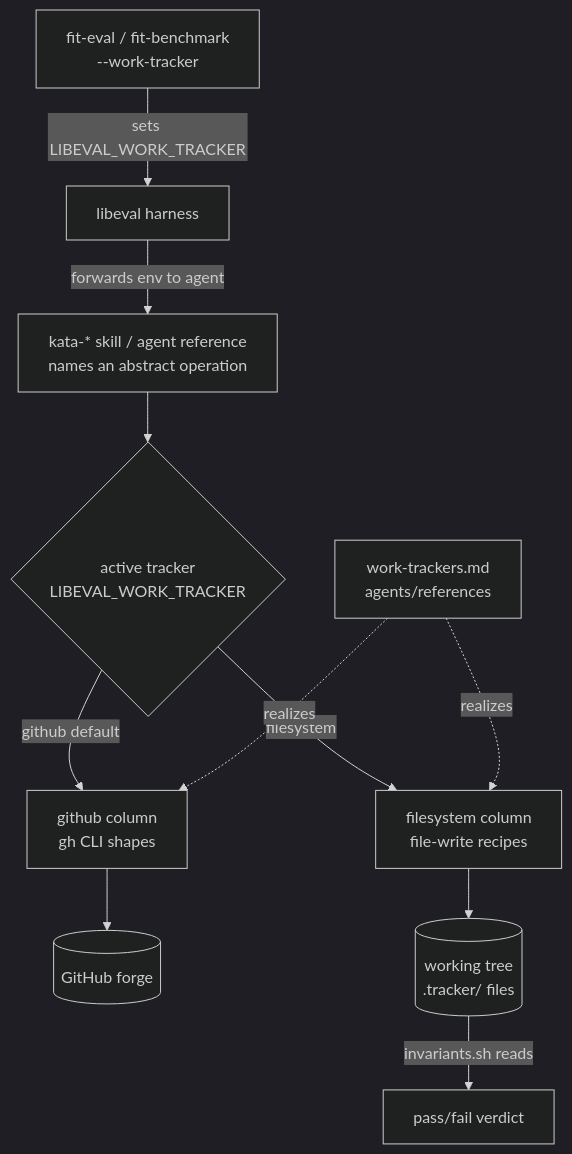
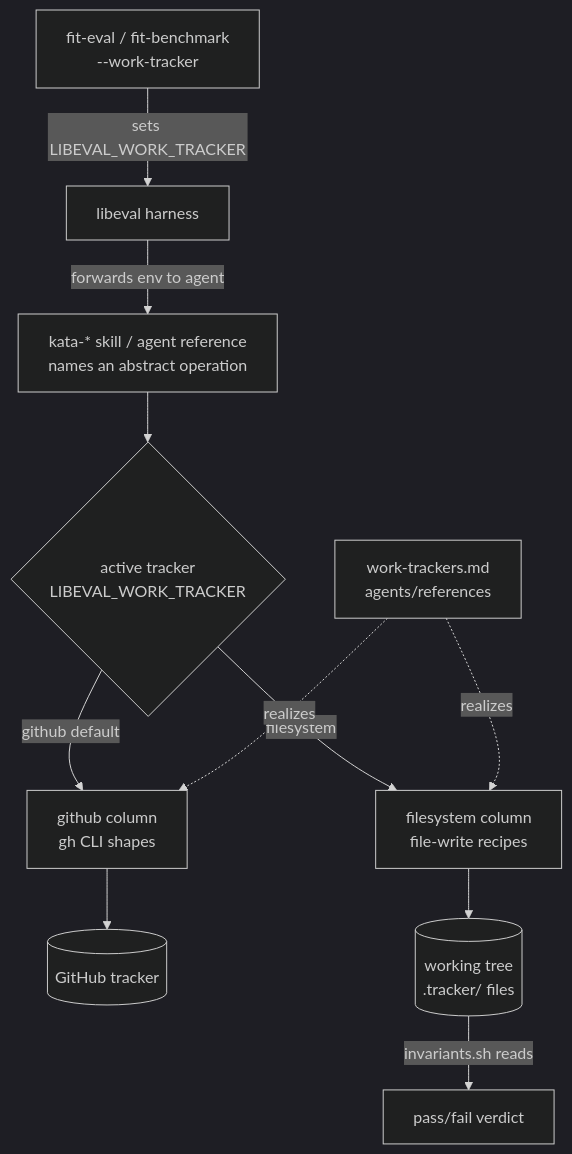
The diagram in specs/2090-work-item-provider-abstraction/design-b.md (forwardimpact/monorepo), drawn with Mermaid (dark theme) before and after one commit. The commit also changed other lines of this file and 5 other files, not shown here.

````diff
--- a/specs/2090-work-item-provider-abstraction/design-b.md
+++ b/specs/2090-work-item-provider-abstraction/design-b.md
@@ -56,13 +56,13 @@
 ```mermaid
 flowchart TD
   CLI["fit-eval / fit-benchmark<br/>--work-tracker"] -->|sets LIBEVAL_WORK_TRACKER| HARNESS[libeval harness]
   HARNESS -->|forwards env to agent| S[kata-* skill / agent reference<br/>names an abstract operation]
   S --> SEL{active tracker<br/>LIBEVAL_WORK_TRACKER}
   SEL -->|github default| GH[github column<br/>gh CLI shapes]
   SEL -->|filesystem| FS[filesystem column<br/>file-write recipes]
-  GH --> FORGE[(GitHub forge)]
+  GH --> FORGE[(GitHub tracker)]
   FS --> TREE[(working tree<br/>.tracker/ files)]
   MATRIX[work-trackers.md<br/>agents/references] -.realizes.-> GH
   MATRIX -.realizes.-> FS
   TREE -->|invariants.sh reads| VERDICT[pass/fail verdict]
 ```
````
